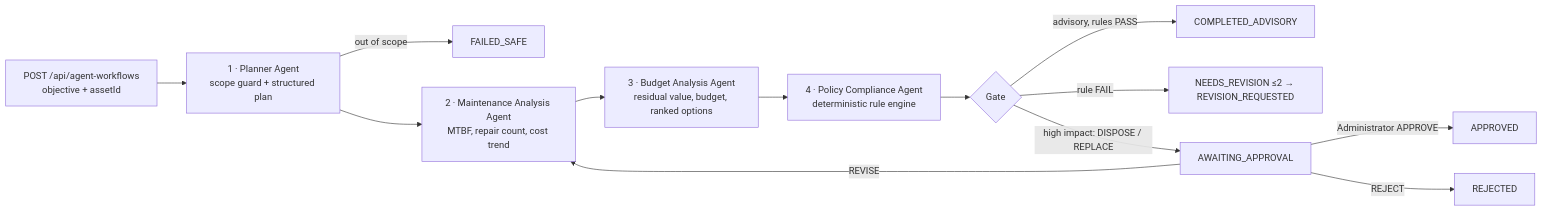
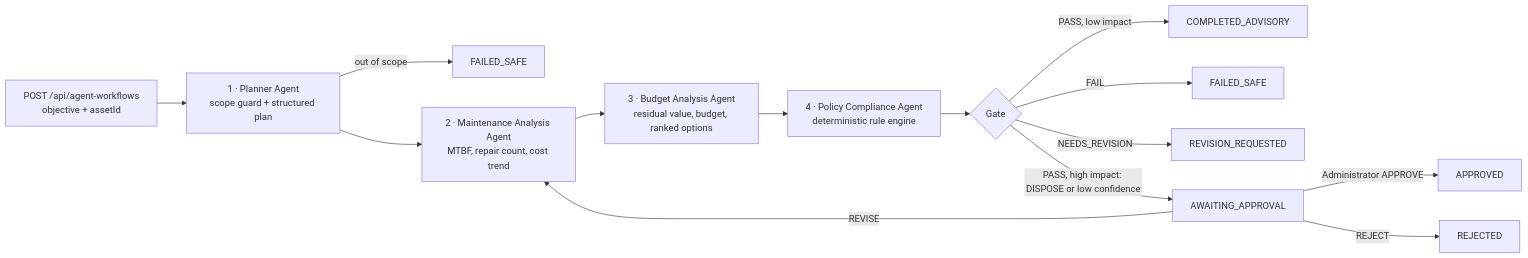
Before and after one commit to CoreGrid-org/CoreGrid: the third of 4 diagrams in docs/coursework/group-report.md, drawn with Mermaid. The commit also changed other lines of this file and 13 other files, not shown here.

````diff
--- a/docs/coursework/group-report.md
+++ b/docs/coursework/group-report.md
@@ -339,15 +339,16 @@
 ```mermaid
 flowchart LR
   S[POST /api/agent-workflows<br/>objective + assetId] --> P[1 · Planner Agent<br/>scope guard + structured plan]
   P -->|out of scope| F[FAILED_SAFE]
   P --> MA[2 · Maintenance Analysis Agent<br/>MTBF, repair count, cost trend]
   MA --> B[3 · Budget Analysis Agent<br/>residual value, budget, ranked options]
   B --> PO[4 · Policy Compliance Agent<br/>deterministic rule engine]
   PO --> G{Gate}
-  G -->|advisory, rules PASS| C[COMPLETED_ADVISORY]
-  G -->|rule FAIL| R[NEEDS_REVISION ≤2 → REVISION_REQUESTED]
-  G -->|high impact: DISPOSE / REPLACE| H[AWAITING_APPROVAL]
+  G -->|PASS, low impact| C[COMPLETED_ADVISORY]
+  G -->|FAIL| FS[FAILED_SAFE]
+  G -->|NEEDS_REVISION| R[REVISION_REQUESTED]
+  G -->|PASS, high impact: DISPOSE or low confidence| H[AWAITING_APPROVAL]
   H -->|Administrator APPROVE| A[APPROVED]
   H -->|REJECT| X[REJECTED]
   H -->|REVISE| MA
 ```
````
